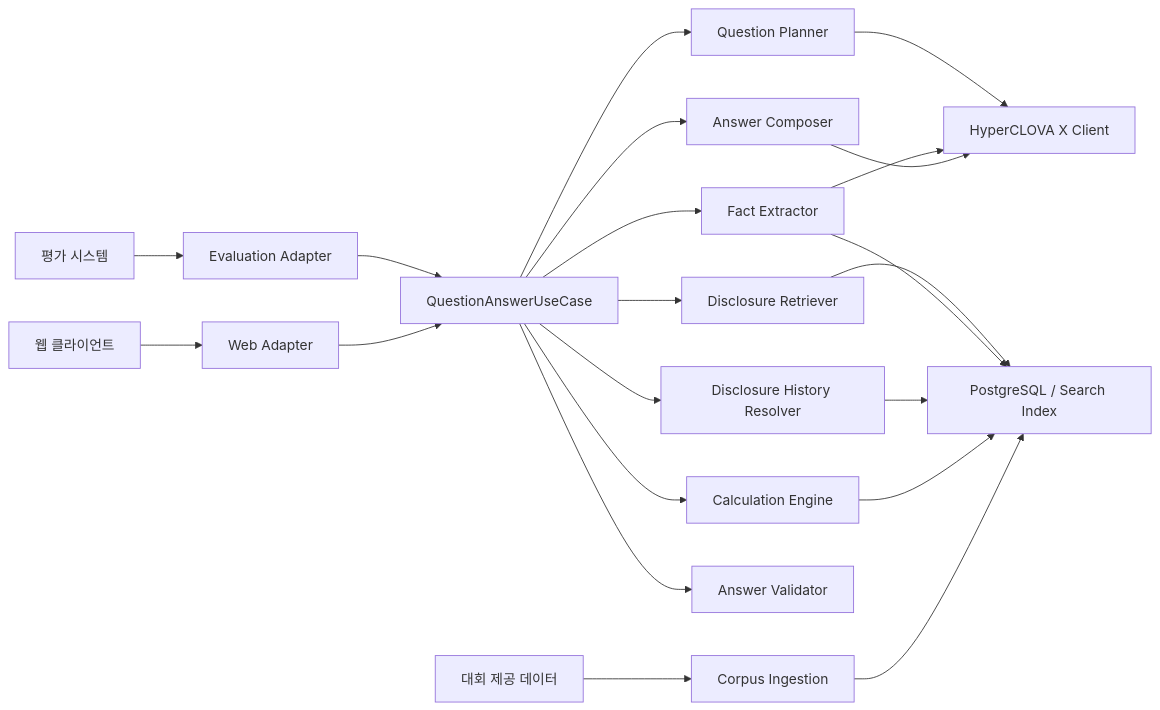
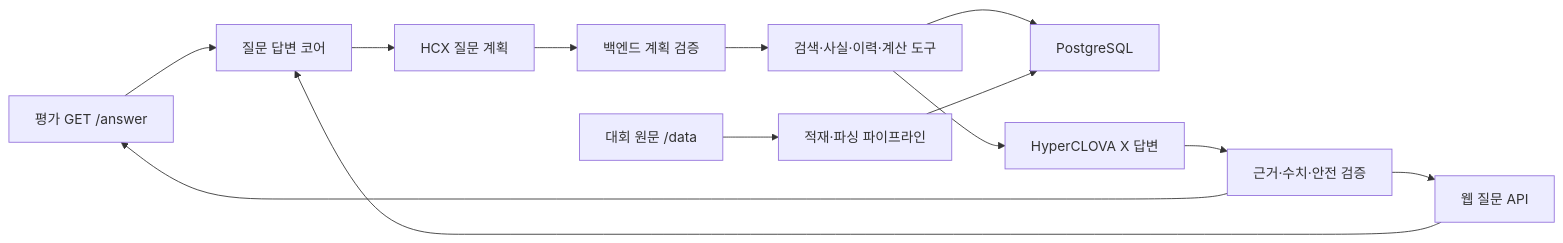
One commit to portfolio-disclosure-guardian/foliolens-server changed the first of 2 diagrams in docs/기능명세서.md. Above: the diagram before and after it, drawn with Mermaid. The commit also changed other lines of this file and 2 other files, not shown here.

````diff
--- a/docs/기능명세서.md
+++ b/docs/기능명세서.md
@@ -148,27 +89,15 @@
 ```mermaid
 flowchart LR
-    E["평가 시스템"] --> EA["Evaluation Adapter"]
-    W["웹 클라이언트"] --> WA["Web Adapter"]
-    EA --> U["QuestionAnswerUseCase"]
-    WA --> U
-
-    U --> Q["Question Planner"]
-    U --> R["Disclosure Retriever"]
-    U --> F["Fact Extractor"]
-    U --> C["Calculation Engine"]
-    U --> H["Disclosure History Resolver"]
-    U --> G["Answer Composer"]
-    U --> V["Answer Validator"]
-
-    Q --> X["HyperCLOVA X Client"]
-    F --> X
-    G --> X
-
-    R --> DB["PostgreSQL / Search Index"]
-    F --> DB
-    H --> DB
-    C --> DB
-
-    D["대회 제공 데이터"] --> I["Corpus Ingestion"]
-    I --> DB
+    EVAL["평가 GET /answer"] --> CORE["질문 답변 코어"]
+    WEB["웹 질문 API"] --> CORE
+    CORE --> PLAN["HCX 질문 계획"]
+    PLAN --> VALIDATE["백엔드 계획 검증"]
+    VALIDATE --> TOOLS["검색·사실·이력·계산 도구"]
+    TOOLS --> DB["PostgreSQL"]
+    TOOLS --> HCX["HyperCLOVA X 답변"]
+    HCX --> ANSWER_VALIDATE["근거·수치·안전 검증"]
+    ANSWER_VALIDATE --> EVAL
+    ANSWER_VALIDATE --> WEB
+    DATA["대회 원문 /data"] --> INGEST["적재·파싱 파이프라인"]
+    INGEST --> DB
 ```
````
